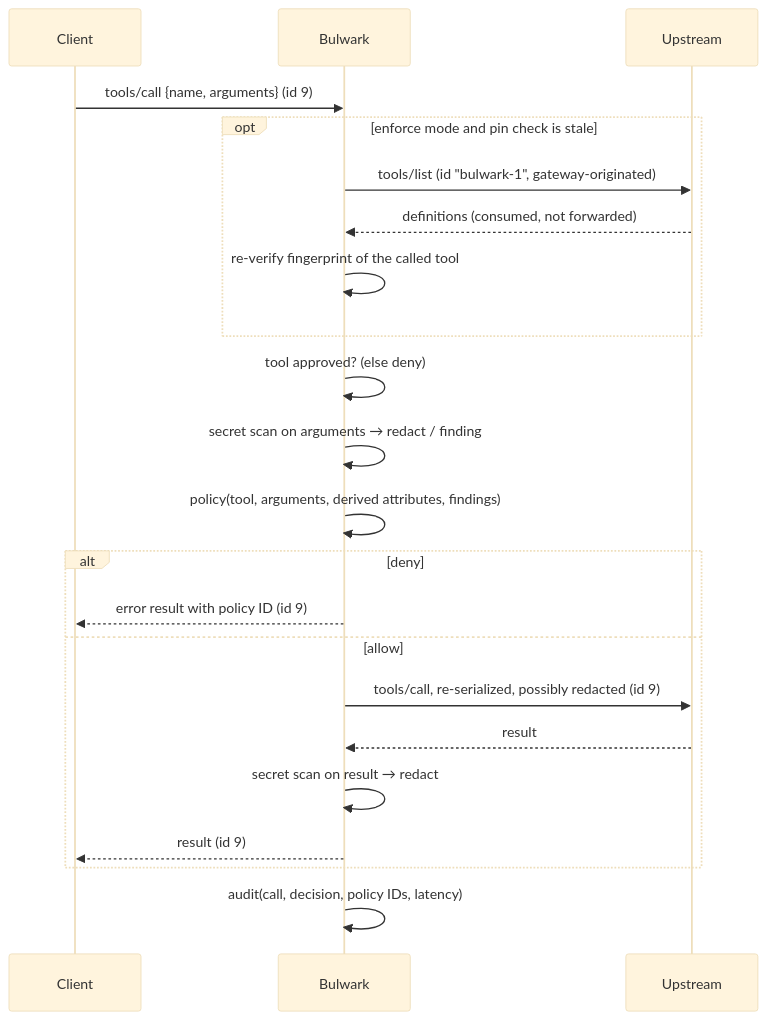
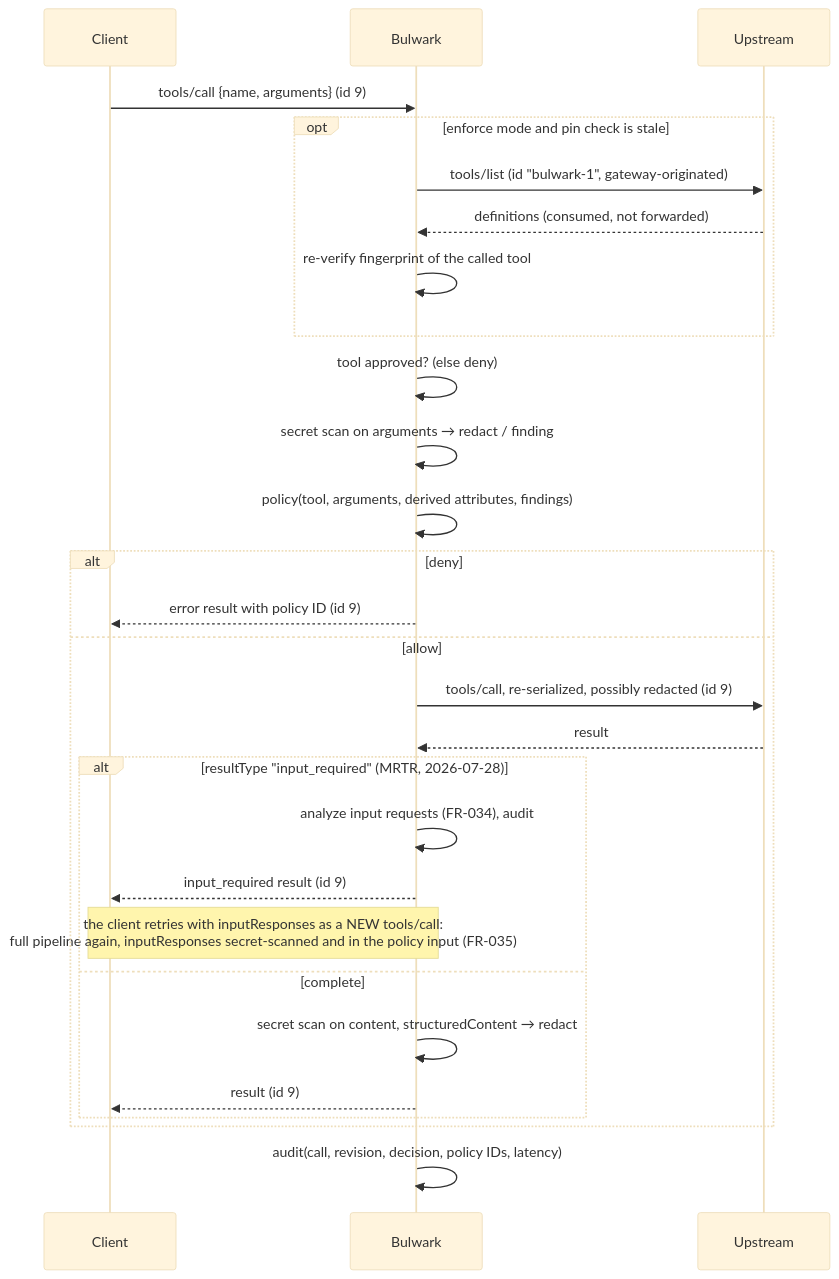
The fifth of 7 diagrams in DESIGN.md (1337-llama/robust-mcp-bulwark), drawn with Mermaid (base theme) before and after one commit. The commit also changed other lines of this file and 3 other files, not shown here.

````diff
--- a/DESIGN.md
+++ b/DESIGN.md
@@ -287,24 +327,30 @@
 ```mermaid
 sequenceDiagram
   participant C as Client
   participant B as Bulwark
   participant U as Upstream
   C->>B: tools/call {name, arguments} (id 9)
   opt enforce mode and pin check is stale
     B->>U: tools/list (id "bulwark-1", gateway-originated)
     U-->>B: definitions (consumed, not forwarded)
     B->>B: re-verify fingerprint of the called tool
   end
   B->>B: tool approved? (else deny)
   B->>B: secret scan on arguments → redact / finding
   B->>B: policy(tool, arguments, derived attributes, findings)
   alt deny
     B-->>C: error result with policy ID (id 9)
   else allow
     B->>U: tools/call, re-serialized, possibly redacted (id 9)
     U-->>B: result
-    B->>B: secret scan on result → redact
-    B-->>C: result (id 9)
+    alt resultType "input_required" (MRTR, 2026-07-28)
+      B->>B: analyze input requests (FR-034), audit
+      B-->>C: input_required result (id 9)
+      Note over C,B: the client retries with inputResponses as a NEW tools/call:<br/>full pipeline again, inputResponses secret-scanned and in the policy input (FR-035)
+    else complete
+      B->>B: secret scan on content, structuredContent → redact
+      B-->>C: result (id 9)
+    end
   end
-  B->>B: audit(call, decision, policy IDs, latency)
+  B->>B: audit(call, revision, decision, policy IDs, latency)
 ```
````
